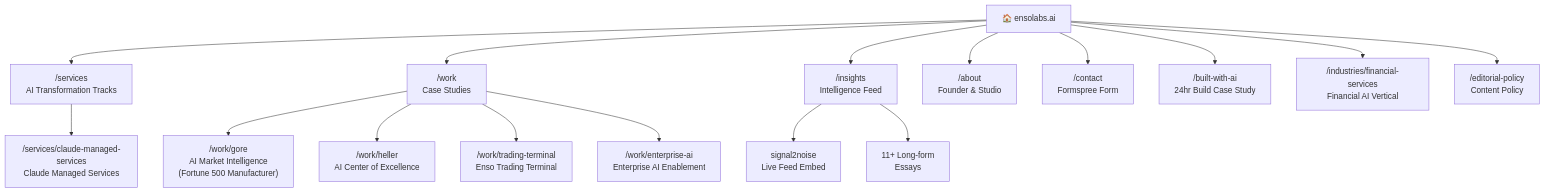
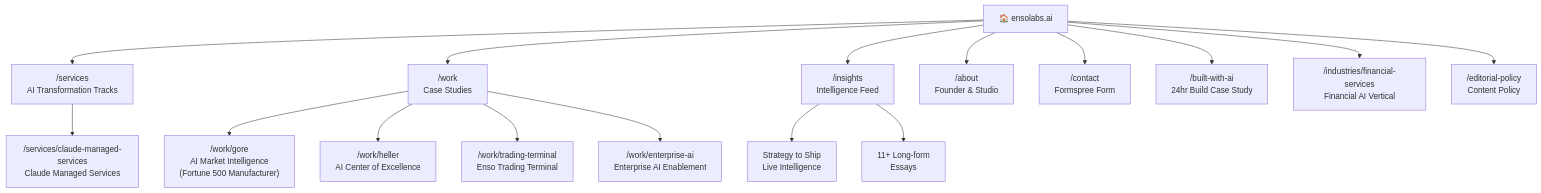
One commit to nycsav/ensolabs-site changed the diagram in README.md. Above: the diagram before and after it, drawn with Mermaid. The commit also changed other lines of this file and 21 other files, not shown here.

````diff
--- a/README.md
+++ b/README.md
@@ -40,18 +40,18 @@
 ```mermaid
 flowchart TD
     A["🏠 ensolabs.ai"] --> B["/services\nAI Transformation Tracks"]
     A --> C["/work\nCase Studies"]
     A --> D["/insights\nIntelligence Feed"]
     A --> E["/about\nFounder & Studio"]
     A --> F["/contact\nFormspree Form"]
     A --> G["/built-with-ai\n24hr Build Case Study"]
     A --> H["/industries/financial-services\nFinancial AI Vertical"]
     A --> I["/editorial-policy\nContent Policy"]
     B --> B1["/services/claude-managed-services\nClaude Managed Services"]
     C --> C1["/work/gore\nAI Market Intelligence\n(Fortune 500 Manufacturer)"]
     C --> C2["/work/heller\nAI Center of Excellence"]
     C --> C3["/work/trading-terminal\nEnso Trading Terminal"]
     C --> C4["/work/enterprise-ai\nEnterprise AI Enablement"]
-    D --> D1["signal2noise\nLive Feed Embed"]
+    D --> D1["Strategy to Ship\nLive Intelligence"]
     D --> D2["11+ Long-form\nEssays"]
 ```
````
